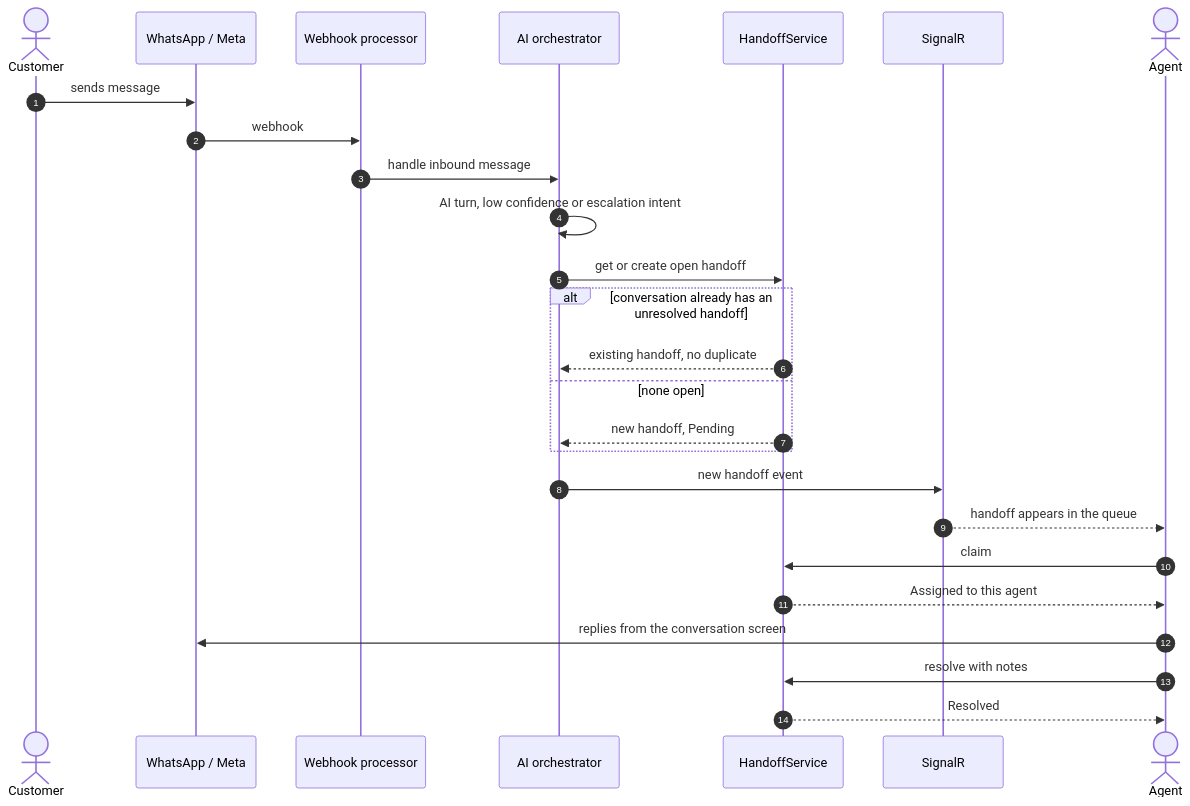
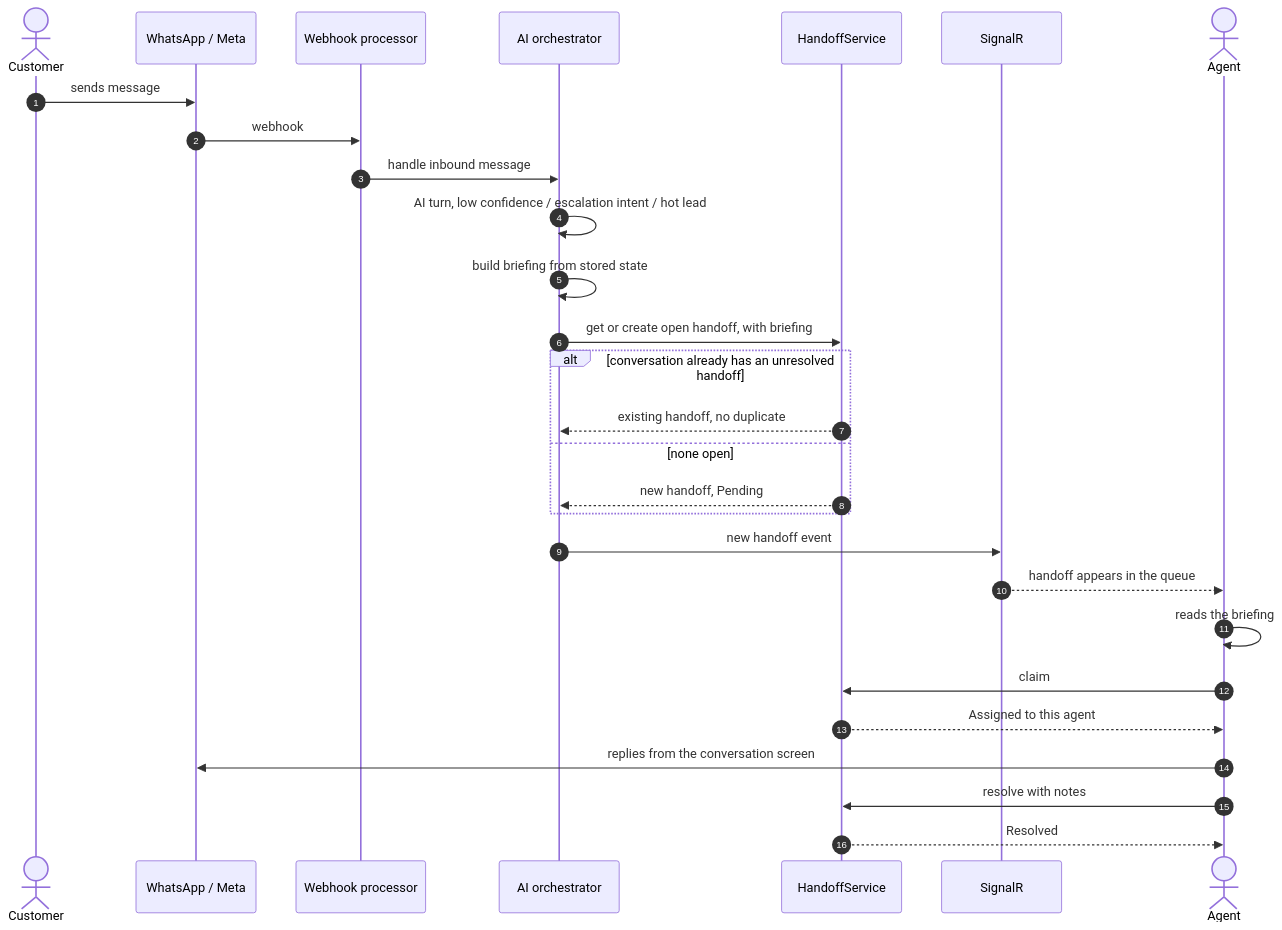
The first of 4 diagrams in src/app/features/handoffs/FLOWS.md (aquarianchd83/AI-Sales-Automation-System-angular), drawn with Mermaid before and after one commit. The commit also changed other lines of this file and 12 other files, not shown here.

````diff
--- a/src/app/features/handoffs/FLOWS.md
+++ b/src/app/features/handoffs/FLOWS.md
@@ -18,29 +20,31 @@
 ```mermaid
 sequenceDiagram
     autonumber
     actor Customer
     participant WA as WhatsApp / Meta
     participant WH as Webhook processor
     participant OR as AI orchestrator
     participant HS as HandoffService
     participant RT as SignalR
     actor Agent
 
     Customer->>WA: sends message
     WA->>WH: webhook
     WH->>OR: handle inbound message
-    OR->>OR: AI turn, low confidence or escalation intent
-    OR->>HS: get or create open handoff
+    OR->>OR: AI turn, low confidence / escalation intent / hot lead
+    OR->>OR: build briefing from stored state
+    OR->>HS: get or create open handoff, with briefing
     alt conversation already has an unresolved handoff
         HS-->>OR: existing handoff, no duplicate
     else none open
         HS-->>OR: new handoff, Pending
     end
     OR->>RT: new handoff event
     RT-->>Agent: handoff appears in the queue
+    Agent->>Agent: reads the briefing
     Agent->>HS: claim
     HS-->>Agent: Assigned to this agent
     Agent->>WA: replies from the conversation screen
     Agent->>HS: resolve with notes
     HS-->>Agent: Resolved
 ```
````
